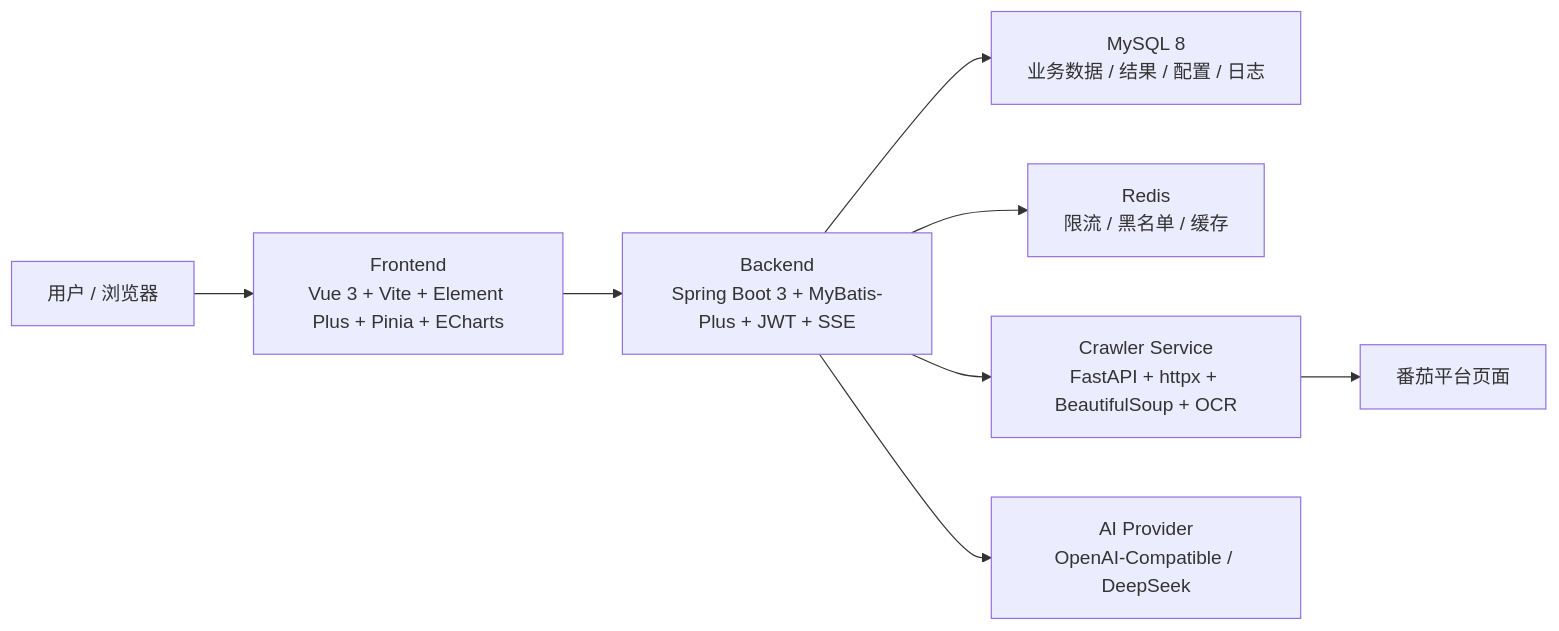
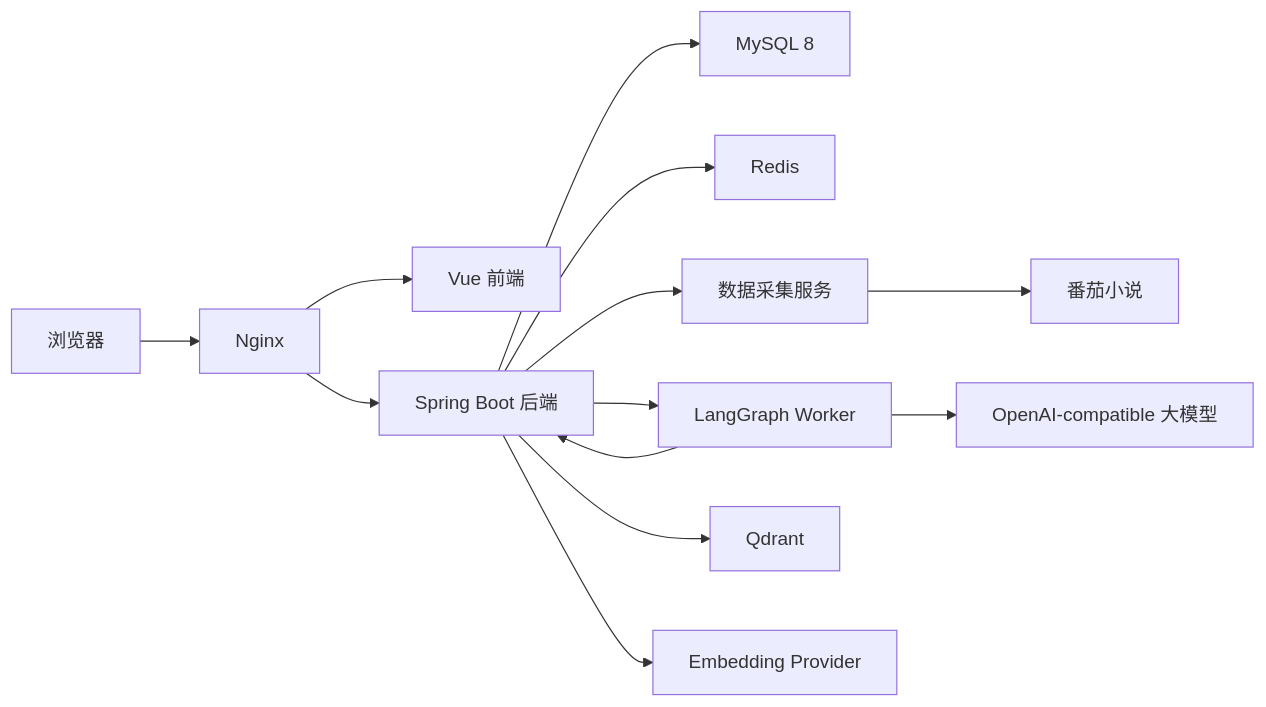
One commit to flyon20/noval changed the diagram in README.md. Above: the diagram before and after it, drawn with Mermaid. The commit also changed other lines of this file and 49 other files, not shown here.

````diff
--- a/README.md
+++ b/README.md
@@ -68,10 +30,15 @@
 ```mermaid
 flowchart LR
-    U["用户 / 浏览器"] --> F["Frontend\nVue 3 + Vite + Element Plus + Pinia + ECharts"]
-    F --> B["Backend\nSpring Boot 3 + MyBatis-Plus + JWT + SSE"]
-    B --> M["MySQL 8\n业务数据 / 结果 / 配置 / 日志"]
-    B --> R["Redis\n限流 / 黑名单 / 缓存"]
-    B --> C["Crawler Service\nFastAPI + httpx + BeautifulSoup + OCR"]
-    B --> A["AI Provider\nOpenAI-Compatible / DeepSeek"]
-    C --> P["番茄平台页面"]
+    U["浏览器"] --> N["Nginx"]
+    N --> F["Vue 前端"]
+    N --> B["Spring Boot 后端"]
+    B --> DB["MySQL 8"]
+    B --> R["Redis"]
+    B --> C["数据采集服务"]
+    B --> W["LangGraph Worker"]
+    B --> Q["Qdrant"]
+    W --> B
+    W --> LLM["OpenAI-compatible 大模型"]
+    B --> EMB["Embedding Provider"]
+    C --> Fanqie["番茄小说"]
 ```
````
